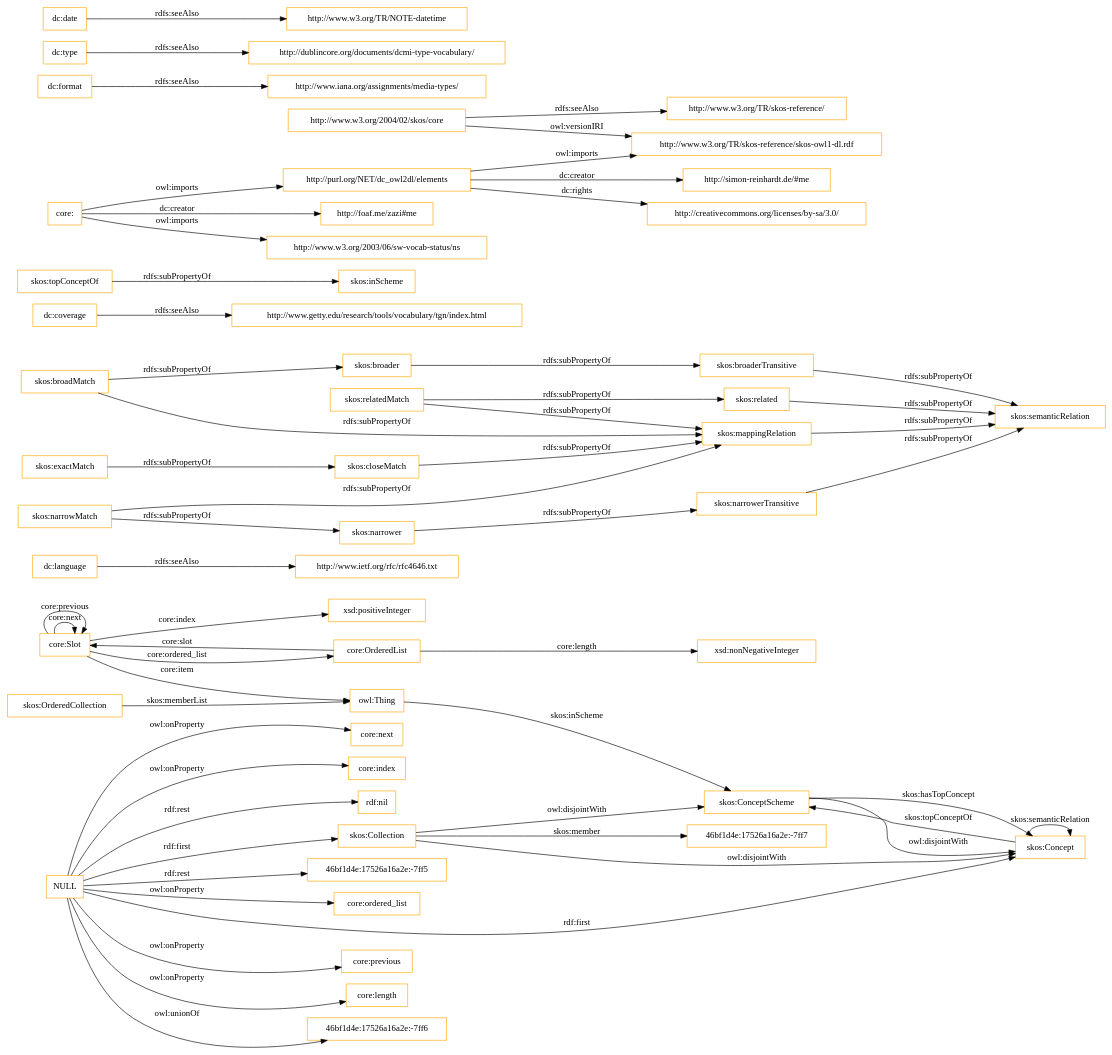
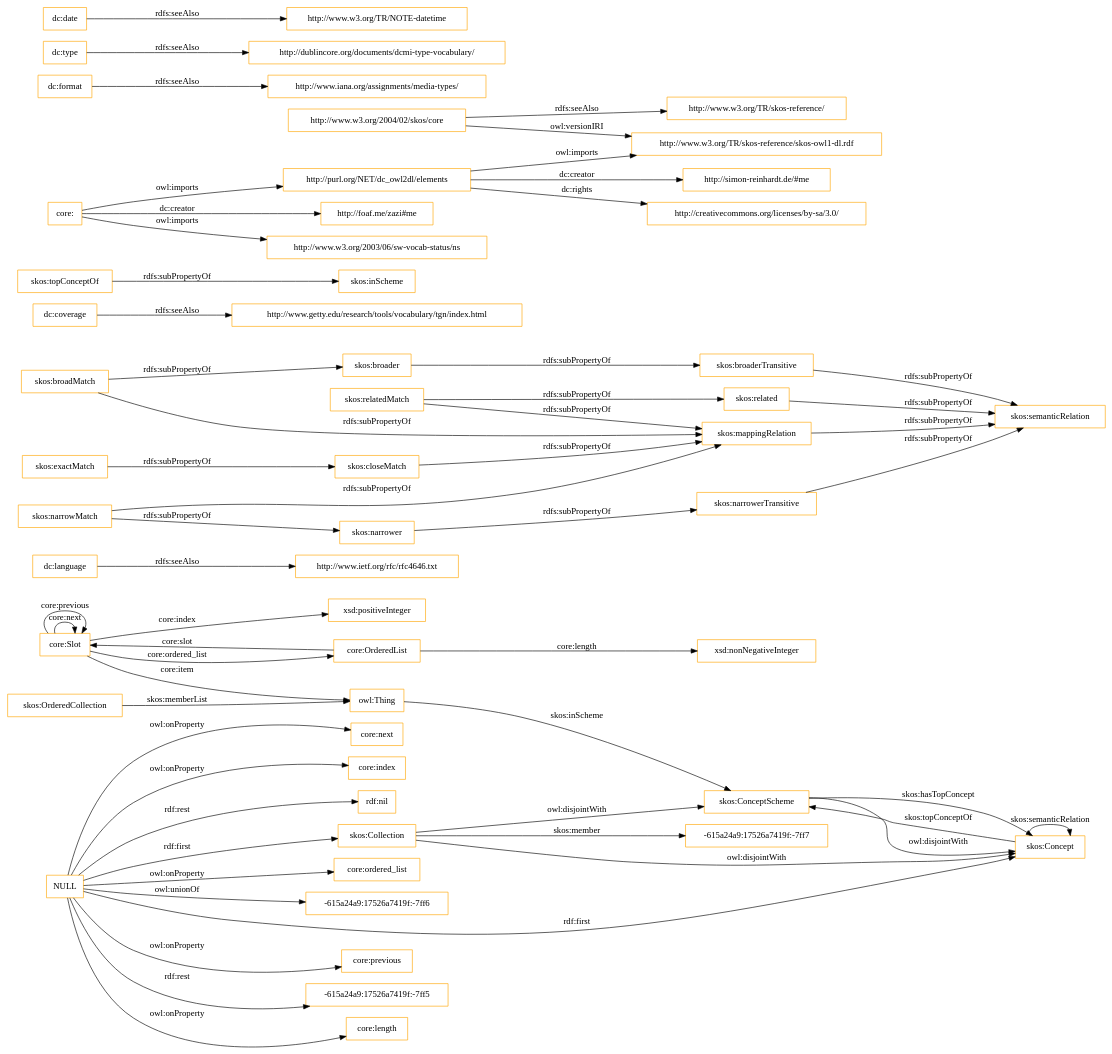
One commit to OnToologyUser/core-ontology-1 changed the diagram in OnToology/imports/core.owl/diagrams/ar2dtool-class/core.owl.png.dot. Above: the diagram before and after it, drawn with Graphviz. The commit also changed 14 other files, not shown here.

```diff
--- a/OnToology/imports/core.owl/diagrams/ar2dtool-class/core.owl.png.dot
+++ b/OnToology/imports/core.owl/diagrams/ar2dtool-class/core.owl.png.dot
@@ -1,60 +1,60 @@
 digraph ar2dtool_diagram { 
 rankdir=LR;
 size="1501"
-node [shape = rectangle, color="orange"]; "core:Slot" "core:OrderedList" "46bf1d4e:17526a16a2e:-7ff7" "skos:OrderedCollection" "skos:Collection" "skos:ConceptScheme" "skos:Concept" ; /*classes style*/
+node [shape = rectangle, color="orange"]; "core:Slot" "core:OrderedList" "-615a24a9:17526a7419f:-7ff7" "skos:OrderedCollection" "skos:Collection" "skos:ConceptScheme" "skos:Concept" ; /*classes style*/
 	"dc:language" -> "http://www.ietf.org/rfc/rfc4646.txt" [ label = "rdfs:seeAlso" ];
 	"NULL" -> "core:previous" [ label = "owl:onProperty" ];
+	"NULL" -> "-615a24a9:17526a7419f:-7ff5" [ label = "rdf:rest" ];
 	"NULL" -> "core:length" [ label = "owl:onProperty" ];
-	"NULL" -> "46bf1d4e:17526a16a2e:-7ff6" [ label = "owl:unionOf" ];
 	"NULL" -> "skos:Concept" [ label = "rdf:first" ];
 	"NULL" -> "core:next" [ label = "owl:onProperty" ];
 	"NULL" -> "core:index" [ label = "owl:onProperty" ];
 	"NULL" -> "rdf:nil" [ label = "rdf:rest" ];
-	"NULL" -> "46bf1d4e:17526a16a2e:-7ff5" [ label = "rdf:rest" ];
 	"NULL" -> "core:ordered_list" [ label = "owl:onProperty" ];
 	"NULL" -> "skos:Collection" [ label = "rdf:first" ];
+	"NULL" -> "-615a24a9:17526a7419f:-7ff6" [ label = "owl:unionOf" ];
 	"skos:closeMatch" -> "skos:mappingRelation" [ label = "rdfs:subPropertyOf" ];
 	"dc:coverage" -> "http://www.getty.edu/research/tools/vocabulary/tgn/index.html" [ label = "rdfs:seeAlso" ];
 	"skos:relatedMatch" -> "skos:related" [ label = "rdfs:subPropertyOf" ];
 	"skos:relatedMatch" -> "skos:mappingRelation" [ label = "rdfs:subPropertyOf" ];
 	"skos:ConceptScheme" -> "skos:Concept" [ label = "owl:disjointWith" ];
 	"skos:related" -> "skos:semanticRelation" [ label = "rdfs:subPropertyOf" ];
 	"skos:topConceptOf" -> "skos:inScheme" [ label = "rdfs:subPropertyOf" ];
 	"skos:broadMatch" -> "skos:broader" [ label = "rdfs:subPropertyOf" ];
 	"skos:broadMatch" -> "skos:mappingRelation" [ label = "rdfs:subPropertyOf" ];
 	"http://purl.org/NET/dc_owl2dl/elements" -> "http://www.w3.org/TR/skos-reference/skos-owl1-dl.rdf" [ label = "owl:imports" ];
 	"http://purl.org/NET/dc_owl2dl/elements" -> "http://creativecommons.org/licenses/by-sa/3.0/" [ label = "dc:rights" ];
 	"http://purl.org/NET/dc_owl2dl/elements" -> "http://simon-reinhardt.de/#me" [ label = "dc:creator" ];
 	"skos:exactMatch" -> "skos:closeMatch" [ label = "rdfs:subPropertyOf" ];
 	"dc:format" -> "http://www.iana.org/assignments/media-types/" [ label = "rdfs:seeAlso" ];
 	"core:" -> "http://foaf.me/zazi#me" [ label = "dc:creator" ];
 	"core:" -> "http://www.w3.org/2003/06/sw-vocab-status/ns" [ label = "owl:imports" ];
 	"core:" -> "http://purl.org/NET/dc_owl2dl/elements" [ label = "owl:imports" ];
 	"skos:broaderTransitive" -> "skos:semanticRelation" [ label = "rdfs:subPropertyOf" ];
 	"skos:mappingRelation" -> "skos:semanticRelation" [ label = "rdfs:subPropertyOf" ];
 	"skos:broader" -> "skos:broaderTransitive" [ label = "rdfs:subPropertyOf" ];
 	"dc:type" -> "http://dublincore.org/documents/dcmi-type-vocabulary/" [ label = "rdfs:seeAlso" ];
 	"http://www.w3.org/2004/02/skos/core" -> "http://www.w3.org/TR/skos-reference/skos-owl1-dl.rdf" [ label = "owl:versionIRI" ];
 	"http://www.w3.org/2004/02/skos/core" -> "http://www.w3.org/TR/skos-reference/" [ label = "rdfs:seeAlso" ];
 	"skos:Collection" -> "skos:ConceptScheme" [ label = "owl:disjointWith" ];
 	"skos:Collection" -> "skos:Concept" [ label = "owl:disjointWith" ];
 	"skos:narrowMatch" -> "skos:narrower" [ label = "rdfs:subPropertyOf" ];
 	"skos:narrowMatch" -> "skos:mappingRelation" [ label = "rdfs:subPropertyOf" ];
 	"skos:narrower" -> "skos:narrowerTransitive" [ label = "rdfs:subPropertyOf" ];
 	"dc:date" -> "http://www.w3.org/TR/NOTE-datetime" [ label = "rdfs:seeAlso" ];
 	"skos:narrowerTransitive" -> "skos:semanticRelation" [ label = "rdfs:subPropertyOf" ];
 	"core:Slot" -> "xsd:positiveInteger" [ label = "core:index" ];
 	"skos:Concept" -> "skos:ConceptScheme" [ label = "skos:topConceptOf" ];
 	"core:Slot" -> "owl:Thing" [ label = "core:item" ];
 	"core:OrderedList" -> "xsd:nonNegativeInteger" [ label = "core:length" ];
 	"core:OrderedList" -> "core:Slot" [ label = "core:slot" ];
-	"skos:Collection" -> "46bf1d4e:17526a16a2e:-7ff7" [ label = "skos:member" ];
+	"skos:Collection" -> "-615a24a9:17526a7419f:-7ff7" [ label = "skos:member" ];
 	"core:Slot" -> "core:Slot" [ label = "core:next" ];
 	"skos:ConceptScheme" -> "skos:Concept" [ label = "skos:hasTopConcept" ];
 	"owl:Thing" -> "skos:ConceptScheme" [ label = "skos:inScheme" ];
 	"core:Slot" -> "core:Slot" [ label = "core:previous" ];
 	"skos:OrderedCollection" -> "owl:Thing" [ label = "skos:memberList" ];
 	"skos:Concept" -> "skos:Concept" [ label = "skos:semanticRelation" ];
 	"core:Slot" -> "core:OrderedList" [ label = "core:ordered_list" ];
 
 }
```
